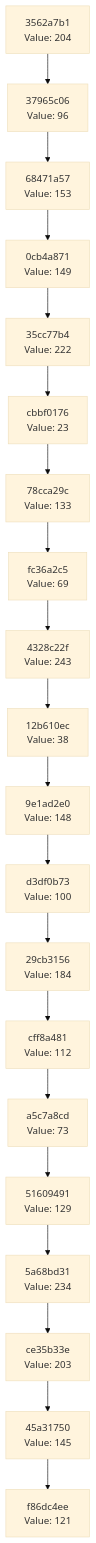
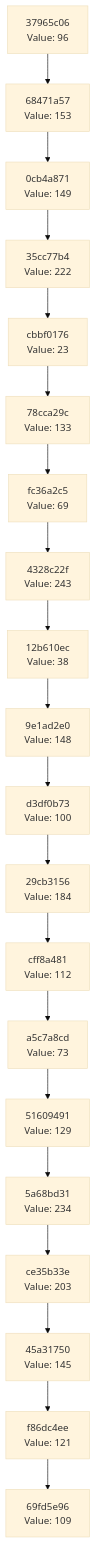
The diagram in docs/CHAIN_VISUALIZATION.md (Abhisheksinha1506/hash-chain-evolver), drawn with Mermaid (base theme) before and after one commit. The commit also changed 2 other files, not shown here.

Commit message:
Evolution step: hash 0x6D → action executed

````diff
--- a/docs/CHAIN_VISUALIZATION.md
+++ b/docs/CHAIN_VISUALIZATION.md
@@ -3,42 +3,42 @@
 ```mermaid
 graph TD
-    C0["f86dc4ee<br/>Value: 121"]
-    C1["45a31750<br/>Value: 145"]
+    C0["69fd5e96<br/>Value: 109"]
+    C1["f86dc4ee<br/>Value: 121"]
     C1 --> C0
-    C2["ce35b33e<br/>Value: 203"]
+    C2["45a31750<br/>Value: 145"]
     C2 --> C1
-    C3["5a68bd31<br/>Value: 234"]
+    C3["ce35b33e<br/>Value: 203"]
     C3 --> C2
-    C4["51609491<br/>Value: 129"]
+    C4["5a68bd31<br/>Value: 234"]
     C4 --> C3
-    C5["a5c7a8cd<br/>Value: 73"]
+    C5["51609491<br/>Value: 129"]
     C5 --> C4
-    C6["cff8a481<br/>Value: 112"]
+    C6["a5c7a8cd<br/>Value: 73"]
     C6 --> C5
-    C7["29cb3156<br/>Value: 184"]
+    C7["cff8a481<br/>Value: 112"]
     C7 --> C6
-    C8["d3df0b73<br/>Value: 100"]
+    C8["29cb3156<br/>Value: 184"]
     C8 --> C7
-    C9["9e1ad2e0<br/>Value: 148"]
+    C9["d3df0b73<br/>Value: 100"]
     C9 --> C8
-    C10["12b610ec<br/>Value: 38"]
+    C10["9e1ad2e0<br/>Value: 148"]
     C10 --> C9
-    C11["4328c22f<br/>Value: 243"]
+    C11["12b610ec<br/>Value: 38"]
     C11 --> C10
-    C12["fc36a2c5<br/>Value: 69"]
+    C12["4328c22f<br/>Value: 243"]
     C12 --> C11
-    C13["78cca29c<br/>Value: 133"]
+    C13["fc36a2c5<br/>Value: 69"]
     C13 --> C12
-    C14["cbbf0176<br/>Value: 23"]
+    C14["78cca29c<br/>Value: 133"]
     C14 --> C13
-    C15["35cc77b4<br/>Value: 222"]
+    C15["cbbf0176<br/>Value: 23"]
     C15 --> C14
-    C16["0cb4a871<br/>Value: 149"]
+    C16["35cc77b4<br/>Value: 222"]
     C16 --> C15
-    C17["68471a57<br/>Value: 153"]
+    C17["0cb4a871<br/>Value: 149"]
     C17 --> C16
-    C18["37965c06<br/>Value: 96"]
+    C18["68471a57<br/>Value: 153"]
     C18 --> C17
-    C19["3562a7b1<br/>Value: 204"]
+    C19["37965c06<br/>Value: 96"]
     C19 --> C18
 ```
````
